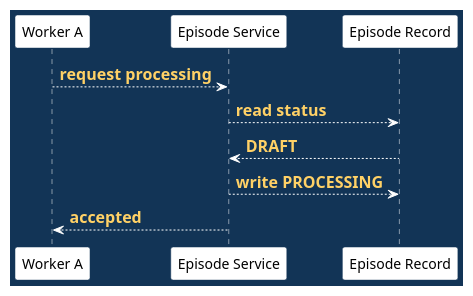
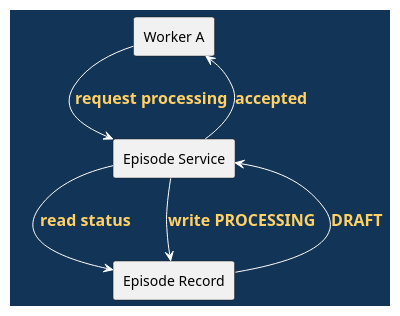
Before and after one commit to madajaju/CS5254: the second of 15 diagrams in doc/lectures/week4/fixing_concurrency_patterns/README.slides.adoc, drawn with PlantUML. The commit also changed other lines of this file and 74 other files, not shown here.

```diff
--- a/doc/lectures/week4/fixing_concurrency_patterns/README.slides.adoc
+++ b/doc/lectures/week4/fixing_concurrency_patterns/README.slides.adoc
@@ -54,28 +54,28 @@
 [plantuml,baseline-interaction,svg,width=100%]
 ----
 @startuml
 skinparam BackgroundColor #123456
 skinparam DefaultFontColor black
 skinparam ArrowColor white
 skinparam ArrowFontColor #ffd166
 skinparam ArrowFontStyle bold
 skinparam ArrowFontSize 16
 skinparam shadowing false
 skinparam sequence {
   LifeLineBorderColor white
   LifeLineBackgroundColor white
   ParticipantBorderColor #123456
   ParticipantBackgroundColor white
   ParticipantFontColor black
 }
-participant "Worker A" as A
-participant "Episode Service" as S
-participant "Episode Record" as R
+rectangle "Worker A" as A
+rectangle "Episode Service" as S
+rectangle "Episode Record" as R
 
 A --> S : request processing
 S --> R : read status
 R --> S : DRAFT
 S --> R : write PROCESSING
 S --> A : accepted
 @enduml
 ----
```
